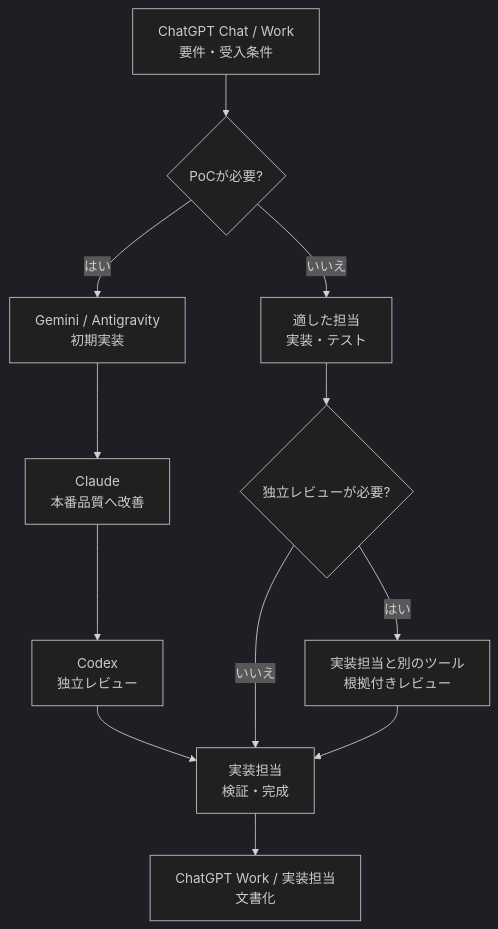
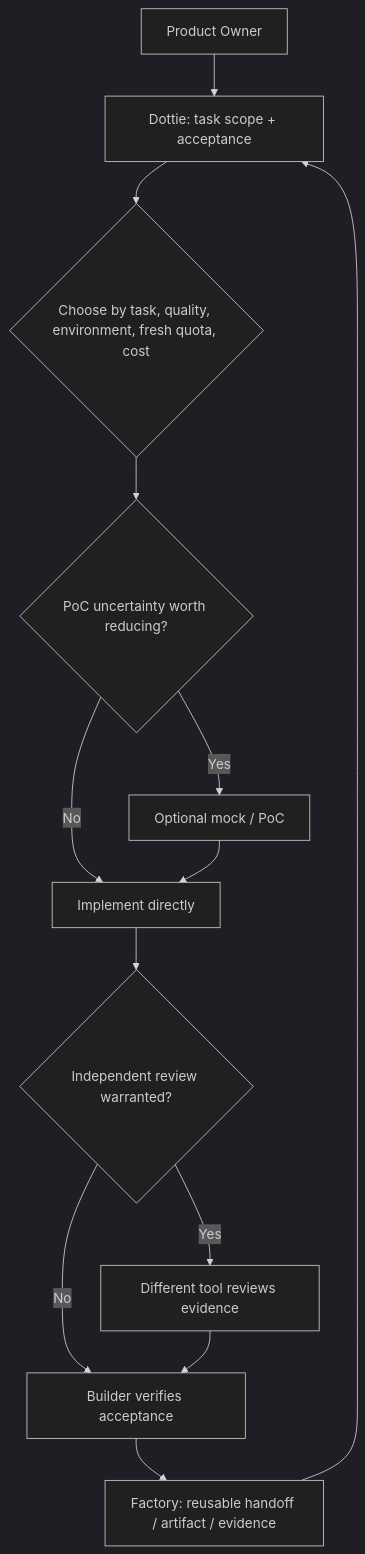
One commit to moruku36/multi-ai-workflow changed the diagram in docs/routing-guide.md. Above: the diagram before and after it, drawn with Mermaid (dark theme). The commit also changed other lines of this file and 18 other files, not shown here.

````diff
--- a/docs/routing-guide.md
+++ b/docs/routing-guide.md
@@ -38,14 +54,15 @@
 ```mermaid
 flowchart TD
-    P["ChatGPT Chat / Work<br/>要件・受入条件"] --> Q{"PoCが必要?"}
-    Q -->|はい| G["Gemini / Antigravity<br/>初期実装"]
-    Q -->|いいえ| C["適した担当<br/>実装・テスト"]
-    G --> H["Claude<br/>本番品質へ改善"]
-    H --> X["Codex<br/>独立レビュー"]
-    X --> F
-    C --> R{"独立レビューが必要?"}
-    R -->|はい| V["実装担当と別のツール<br/>根拠付きレビュー"]
-    R -->|いいえ| F["実装担当<br/>検証・完成"]
-    V --> F
-    F --> D["ChatGPT Work / 実装担当<br/>文書化"]
+    U["Product Owner"] --> D["Dottie: task scope + acceptance"]
+    D --> C{"Choose by task, quality, environment, fresh quota, cost"}
+    C --> P{"PoC uncertainty worth reducing?"}
+    P -->|Yes| M["Optional mock / PoC"]
+    P -->|No| I["Implement directly"]
+    M --> I
+    I --> V{"Independent review warranted?"}
+    V -->|Yes| R["Different tool reviews evidence"]
+    V -->|No| E["Builder verifies acceptance"]
+    R --> E
+    E --> F["Factory: reusable handoff / artifact / evidence"]
+    F --> D
 ```
````
